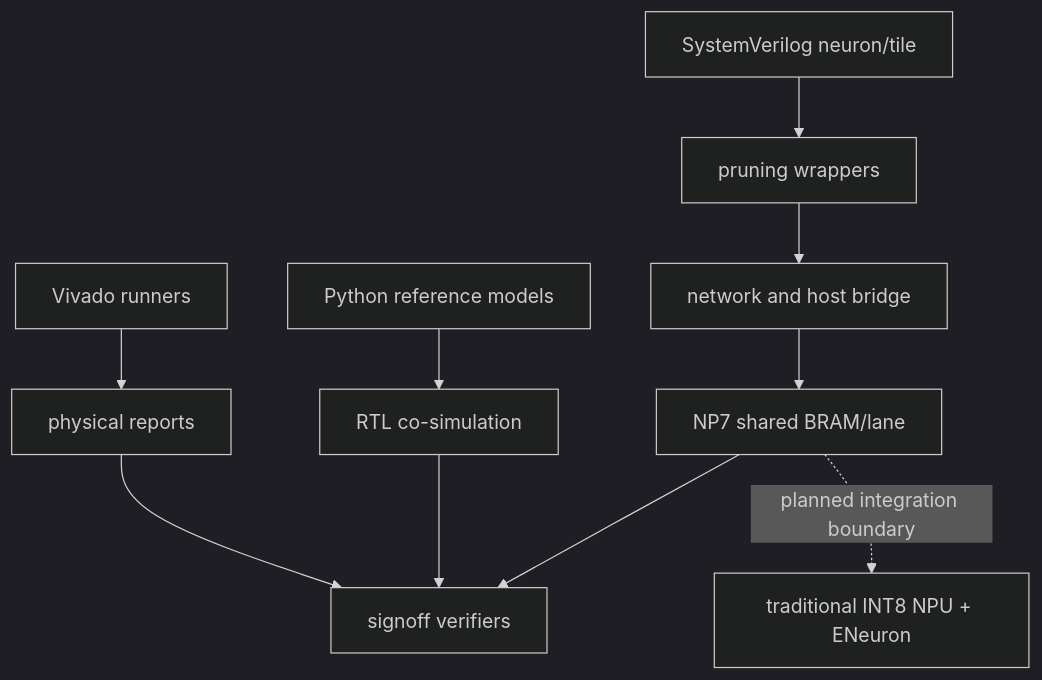
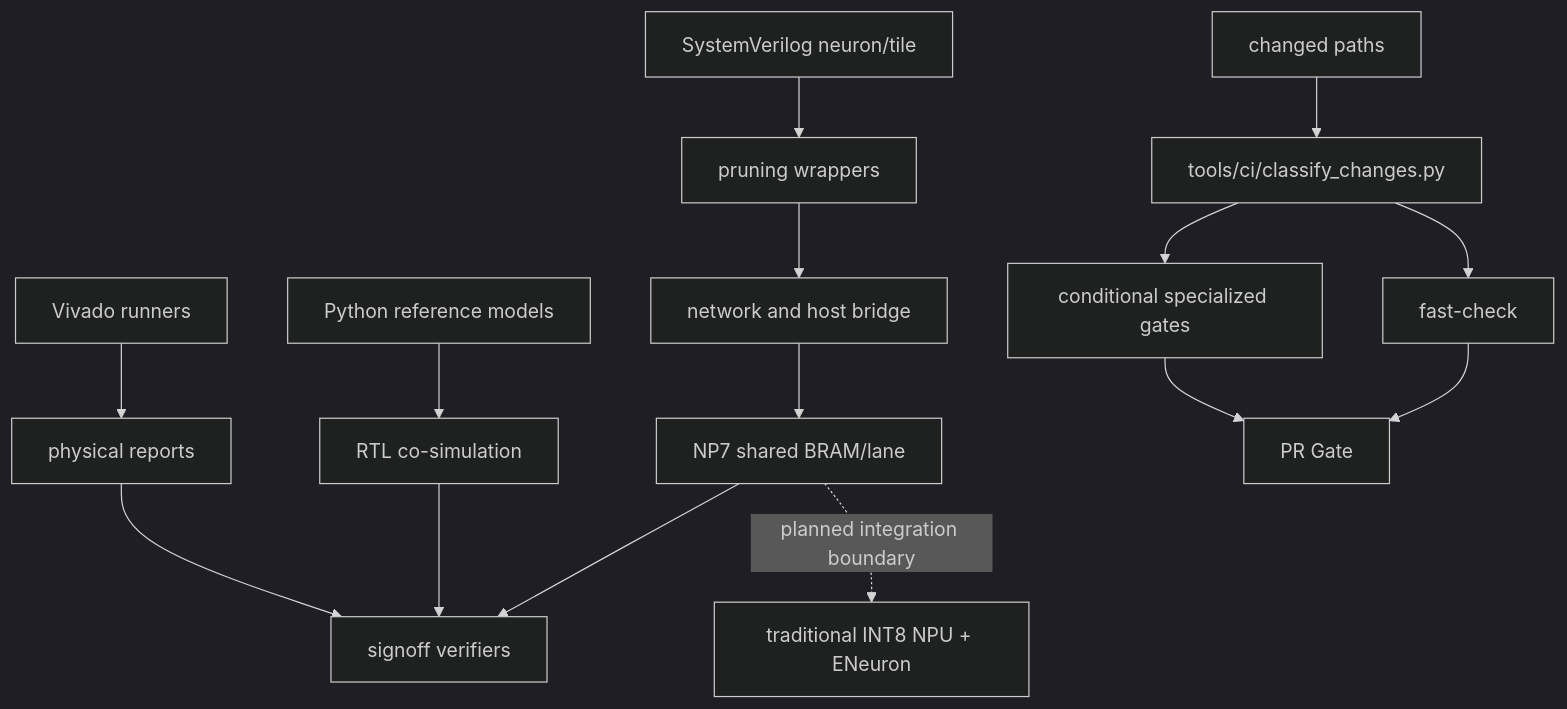
Before and after one commit to Epslion404/ENeuron: the diagram in .nexus-map/arch/dependencies.md, drawn with Mermaid (dark theme). The commit also changed other lines of this file and 15 other files, not shown here.

Commit message:
ci: add path-aware fast PR gate (#25)

````diff
--- a/.nexus-map/arch/dependencies.md
+++ b/.nexus-map/arch/dependencies.md
@@ -7,12 +7,17 @@
 ```mermaid
 graph TD
   ref[Python reference models] --> cosim[RTL co-simulation]
   rtl[SystemVerilog neuron/tile] --> wrap[pruning wrappers]
   wrap --> net[network and host bridge]
   net --> np7[NP7 shared BRAM/lane]
   np7 --> verify[signoff verifiers]
   cosim --> verify[signoff verifiers]
   vivado[Vivado runners] --> reports[physical reports]
   reports --> verify
   np7 -. planned integration boundary .-> npu[traditional INT8 NPU + ENeuron]
+  changes[changed paths] --> classify[tools/ci/classify_changes.py]
+  classify --> fast[fast-check]
+  classify --> specialized[conditional specialized gates]
+  fast --> gate[PR Gate]
+  specialized --> gate
 ```
````
